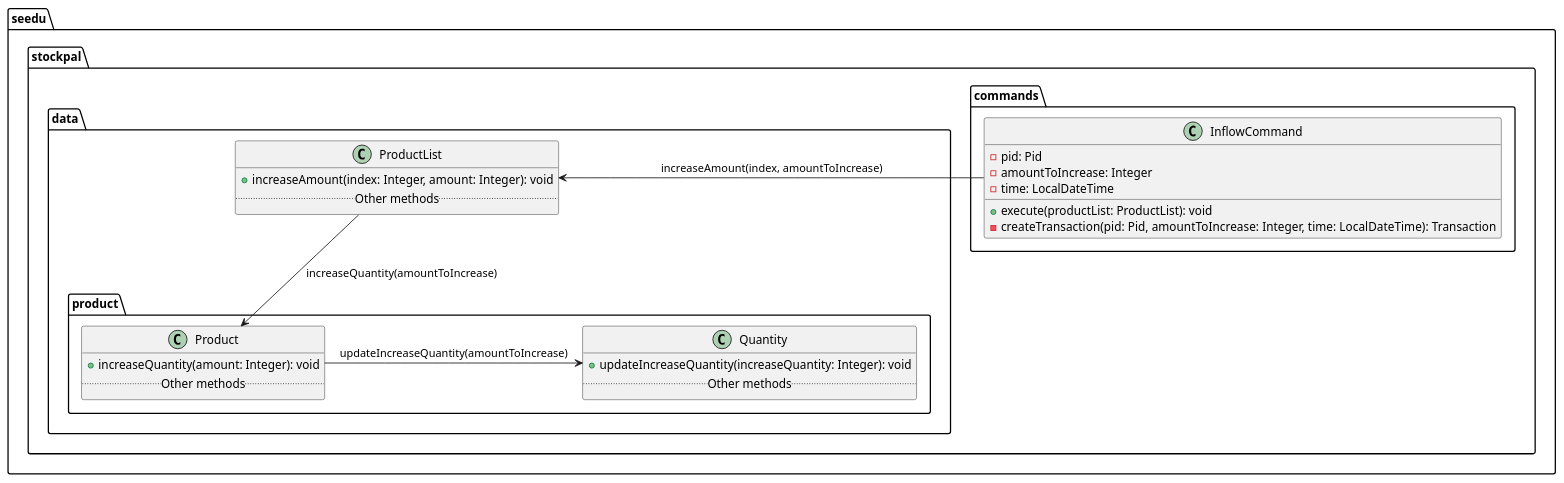
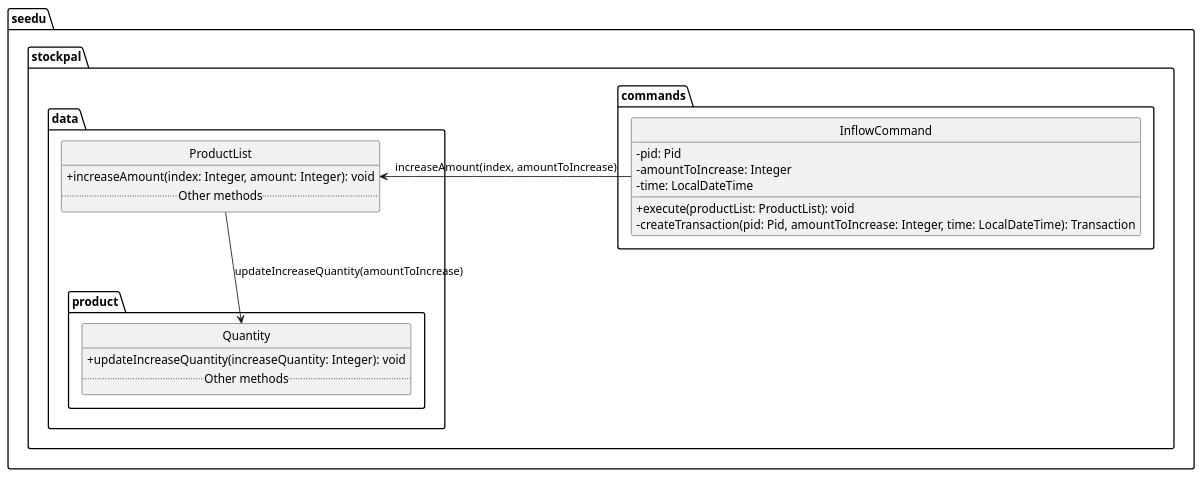
The diagram in docs/diagrams/InflowCommandClass.puml (leongxingyu/tp), drawn with PlantUML before and after one commit. The commit also changed 9 other files, not shown here.

```diff
--- a/docs/diagrams/InflowCommandClass.puml
+++ b/docs/diagrams/InflowCommandClass.puml
@@ -1,38 +1,36 @@
 @startuml
+
+hide circles
+skinparam classAttributeIconSize 0
 
 package "seedu.stockpal.commands" {
     class InflowCommand {
         - pid: Pid
         - amountToIncrease: Integer
         - time: LocalDateTime
 
         + execute(productList: ProductList): void
         - createTransaction(pid: Pid, amountToIncrease: Integer, time: LocalDateTime): Transaction
     }
 }
 
 package "seedu.stockpal.data.product" {
-    class Product {
-        + increaseQuantity(amount: Integer): void
-        .. Other methods ..
-    }
-
     class Quantity {
         + updateIncreaseQuantity(increaseQuantity: Integer): void
         .. Other methods ..
     }
 
 }
 
 package "seedu.stockpal.data" {
     class ProductList {
             + increaseAmount(index: Integer, amount: Integer): void
             .. Other methods ..
     }
 }
 
 InflowCommand -> ProductList: increaseAmount(index, amountToIncrease)
-ProductList --> Product: increaseQuantity(amountToIncrease)
-Product -> Quantity: updateIncreaseQuantity(amountToIncrease)
+ProductList --> Quantity: updateIncreaseQuantity(amountToIncrease)
+
 
 @enduml
```
